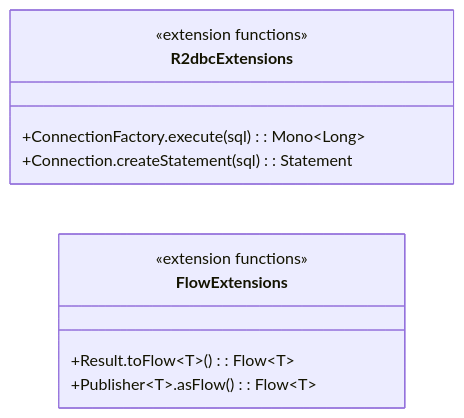
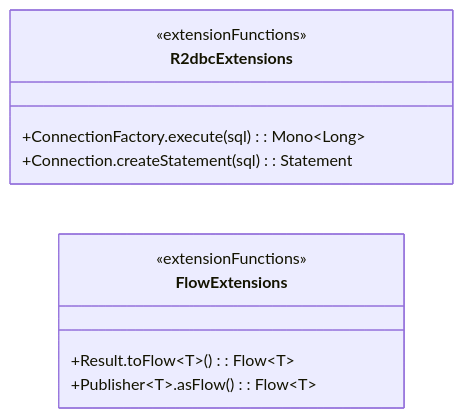
One commit to bluetape4k/bluetape4k-projects changed the first of 4 diagrams in data/r2dbc/README.md. Above: the diagram before and after it, drawn with Mermaid. The commit also changed other lines of this file and 95 other files, not shown here.

First line of the commit message:
docs: Mermaid 파서 오류 전체 수정 (IntelliJ IDEA 호환)

````diff
--- a/data/r2dbc/README.md
+++ b/data/r2dbc/README.md
@@ -290,18 +292,15 @@
 ```mermaid
 classDiagram
     direction LR
     class R2dbcExtensions {
-        <<extension functions>>
+        <<extensionFunctions>>
         +ConnectionFactory.execute(sql): Mono~Long~
         +Connection.createStatement(sql): Statement
     }
     class FlowExtensions {
-        <<extension functions>>
+        <<extensionFunctions>>
         +Result.toFlow~T~(): Flow~T~
         +Publisher~T~.asFlow(): Flow~T~
     }
 
-    classDef serviceStyle fill:#4CAF50
-    class R2dbcExtensions:::serviceStyle
-    class FlowExtensions:::serviceStyle
 ```
````
